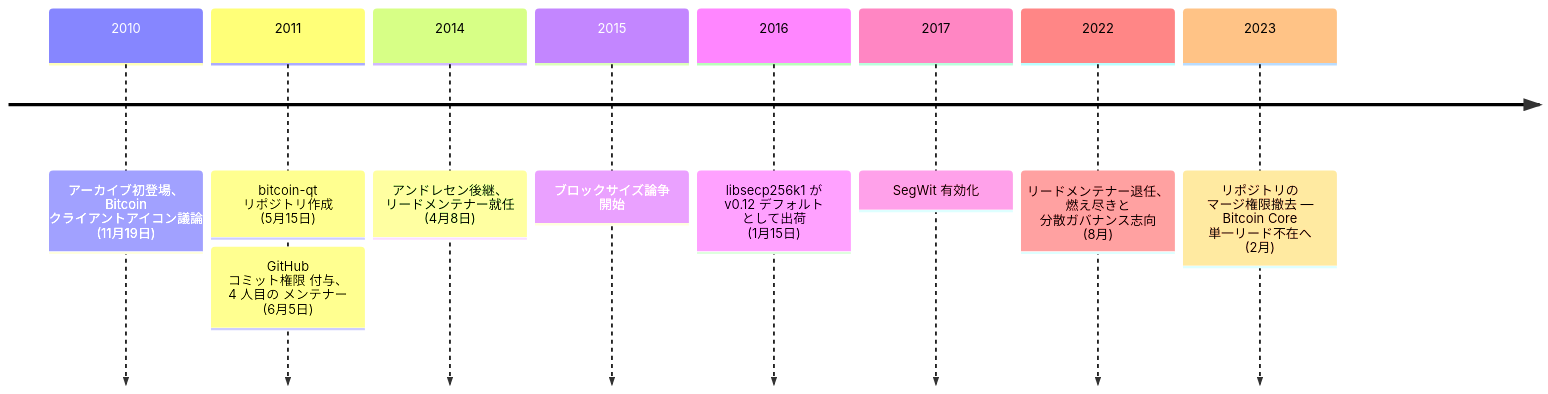
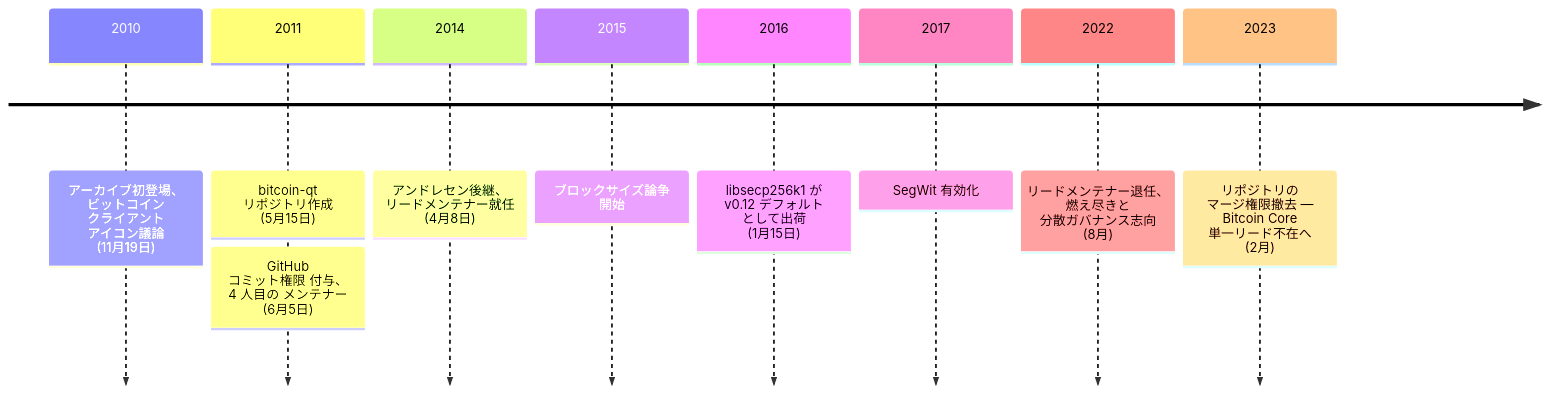
One commit to cypher256/BitcoinArchive changed the diagram in src/data/translations/ja/aftermath/2010-11-19-wladimir-van-der-laan-biography.md. Above: the diagram before and after it, drawn with Mermaid. The commit also changed other lines of this file and 88 other files, not shown here.

First line of the commit message:
Restore JA prose by removing stranded spaces, simplify Mermaid timeline labels

````diff
--- a/src/data/translations/ja/aftermath/2010-11-19-wladimir-van-der-laan-biography.md
+++ b/src/data/translations/ja/aftermath/2010-11-19-wladimir-van-der-laan-biography.md
@@ -34,14 +34,14 @@
 ```mermaid
 timeline
-    2010 : アーカイブ初登場、 Bitcoin クライアントアイコン議論 (11月19日)
+    2010 : アーカイブ初登場、 ビットコイン クライアント アイコン議論 (11月19日)
     %% link: /BitcoinArchive/ja/entries/forum/bitcointalk/topic-64/2010-11-19-laanwj-msg22887/
     2011 : bitcoin-qt リポジトリ作成 (5月15日)
          : GitHub コミット権限 付与、 4 人目の メンテナー (6月5日)
     2014 : アンドレセン後継、 リードメンテナー就任 (4月8日)
     2015 : ブロックサイズ論争 開始
     2016 : libsecp256k1 が v0.12 デフォルト として出荷 (1月15日)
     %% link: /BitcoinArchive/ja/entries/aftermath/2016-01-15-libsecp256k1-replaces-openssl-bitcoin-core-v012/
     2017 : SegWit 有効化
     2022 : リードメンテナー退任、 燃え尽きと 分散ガバナンス志向 (8月)
     2023 : リポジトリの マージ権限撤去 — Bitcoin Core 単一リード不在へ (2月)
 ```
````
